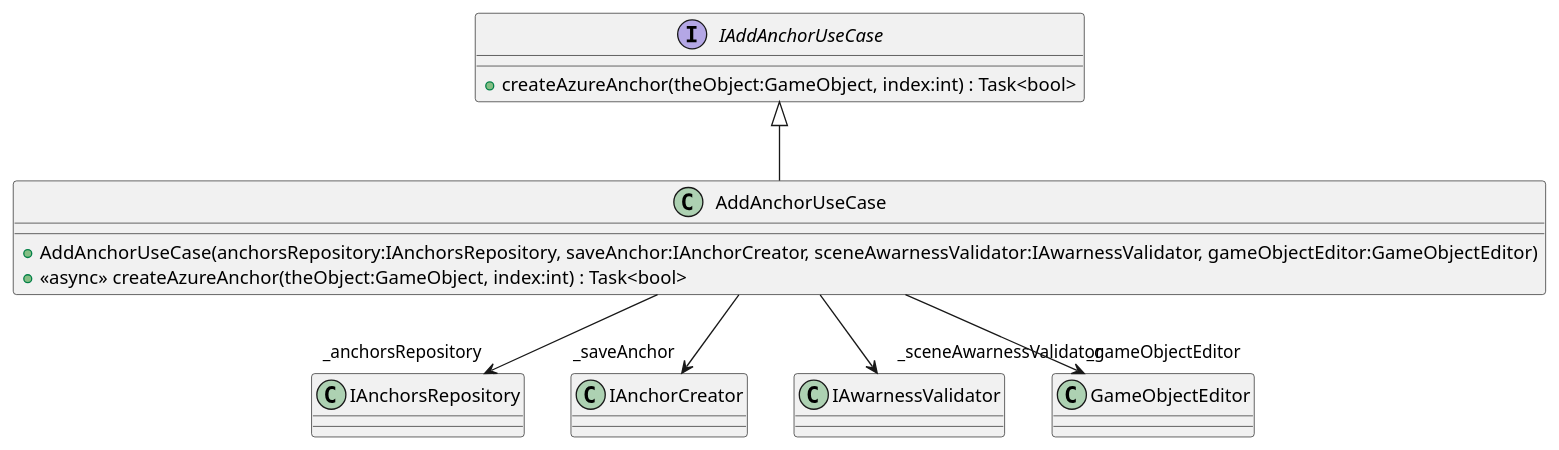
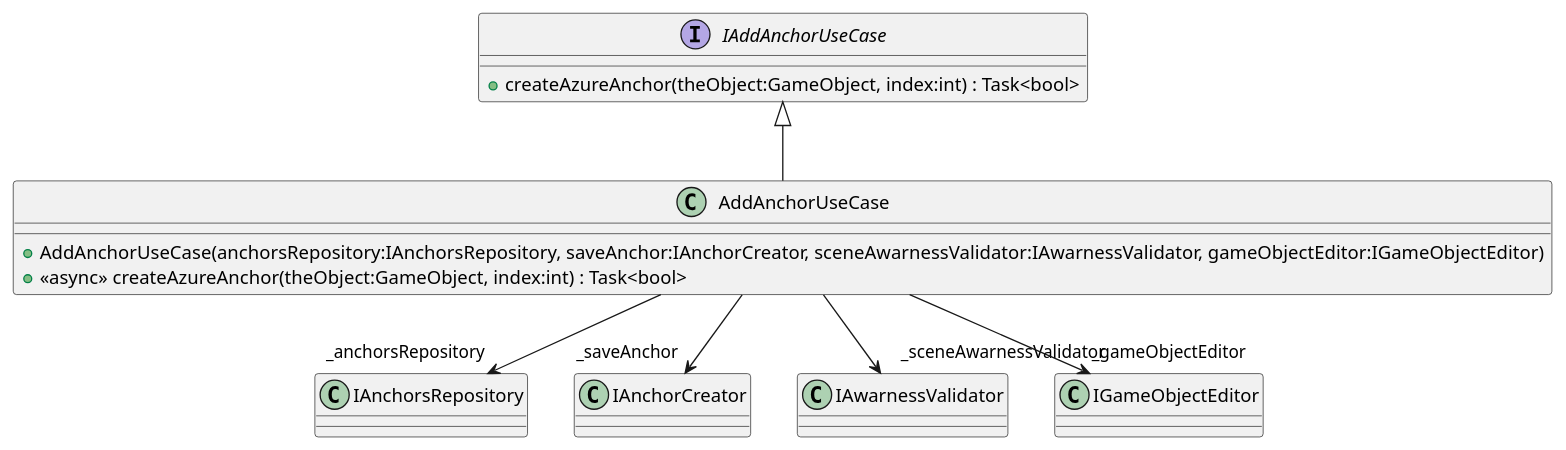
Before and after one commit to DeNatur/ProductionFloorVisualization: the diagram in UML/usecases/AddAnchorUseCase.puml, drawn with PlantUML. The commit also changed 16 other files, not shown here.

Commit message:
Generate UML (Generate UML)

```diff
--- a/UML/usecases/AddAnchorUseCase.puml
+++ b/UML/usecases/AddAnchorUseCase.puml
@@ -1,14 +1,14 @@
 @startuml
 interface IAddAnchorUseCase {
     + createAzureAnchor(theObject:GameObject, index:int) : Task<bool>
 }
 class AddAnchorUseCase {
-    + AddAnchorUseCase(anchorsRepository:IAnchorsRepository, saveAnchor:IAnchorCreator, sceneAwarnessValidator:IAwarnessValidator, gameObjectEditor:GameObjectEditor)
+    + AddAnchorUseCase(anchorsRepository:IAnchorsRepository, saveAnchor:IAnchorCreator, sceneAwarnessValidator:IAwarnessValidator, gameObjectEditor:IGameObjectEditor)
     + <<async>> createAzureAnchor(theObject:GameObject, index:int) : Task<bool>
 }
 IAddAnchorUseCase <|-- AddAnchorUseCase
 AddAnchorUseCase --> "_anchorsRepository" IAnchorsRepository
 AddAnchorUseCase --> "_saveAnchor" IAnchorCreator
 AddAnchorUseCase --> "_sceneAwarnessValidator" IAwarnessValidator
-AddAnchorUseCase --> "_gameObjectEditor" GameObjectEditor
+AddAnchorUseCase --> "_gameObjectEditor" IGameObjectEditor
 @enduml
```
